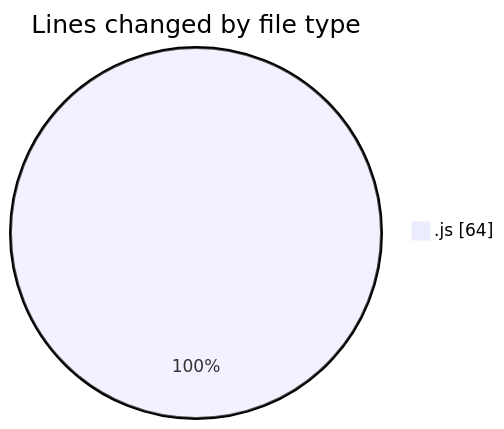
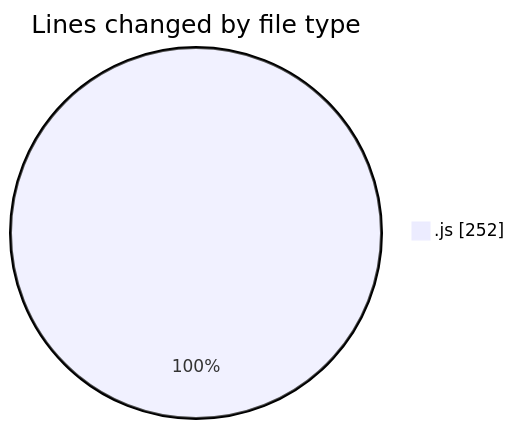
The first of 2 diagrams in 2025-03-31/jsvms/README.md (BS-eng2023/code-tracking), drawn with Mermaid before and after one commit. The commit also changed other lines of this file and 1 other file, not shown here.

````diff
--- a/2025-03-31/jsvms/README.md
+++ b/2025-03-31/jsvms/README.md
@@ -20,5 +22,5 @@
 ```mermaid
 pie showData
 title Lines changed by file type
-".js" : 64
+".js" : 252
 ```
````
